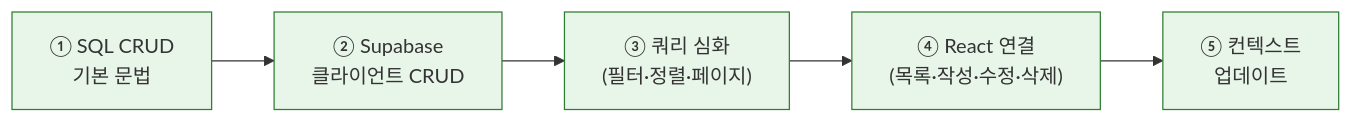
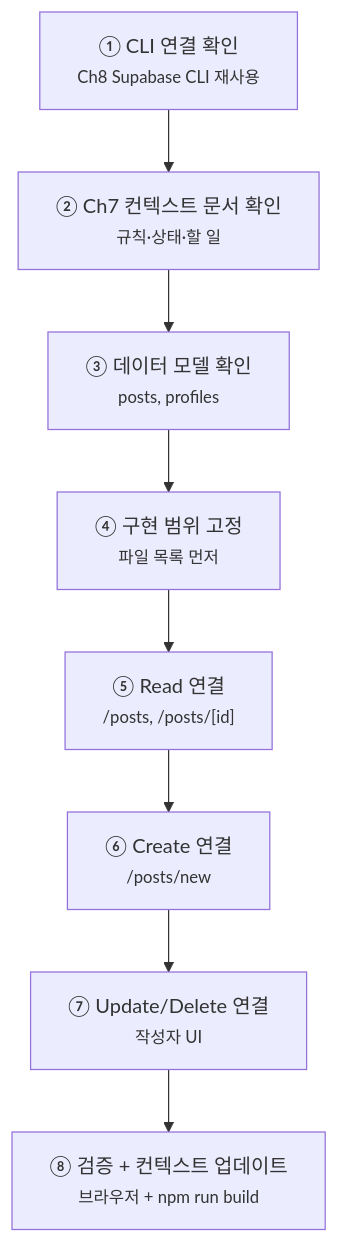
Before and after one commit to rbwls098/my-first-web: the diagram in docs/ch10A.md, drawn with Mermaid. The commit also changed other lines of this file and 12 other files, not shown here.

````diff
--- a/docs/ch10A.md
+++ b/docs/ch10A.md
@@ -47,13 +14,13 @@
 ```mermaid
-graph LR
-  A["① SQL CRUD<br/>기본 문법"] --> B["② Supabase<br/>클라이언트 CRUD"]
-  B --> C["③ 쿼리 심화<br/>(필터·정렬·페이지)"]
-  C --> D["④ React 연결<br/>(목록·작성·수정·삭제)"]
-  D --> E["⑤ 컨텍스트<br/>업데이트"]
+flowchart TD
+    A["① CLI 연결 확인<br/><small>Ch8 Supabase CLI 재사용</small>"]
+    B["② Ch7 컨텍스트 문서 확인<br/><small>규칙·상태·할 일</small>"]
+    C["③ 데이터 모델 확인<br/><small>posts, profiles</small>"]
+    D["④ 구현 범위 고정<br/><small>파일 목록 먼저</small>"]
+    E["⑤ Read 연결<br/><small>/posts, /posts/[id]</small>"]
+    F["⑥ Create 연결<br/><small>/posts/new</small>"]
+    G["⑦ Update/Delete 연결<br/><small>작성자 UI</small>"]
+    H["⑧ 검증 + 컨텍스트 업데이트<br/><small>브라우저 + npm run build</small>"]
 
-  style A fill:#E8F5E9,stroke:#2E7D32
-  style B fill:#E8F5E9,stroke:#2E7D32
-  style C fill:#E8F5E9,stroke:#2E7D32
-  style D fill:#E8F5E9,stroke:#2E7D32
-  style E fill:#E8F5E9,stroke:#2E7D32
+    A --> B --> C --> D --> E --> F --> G --> H
 ```
````
